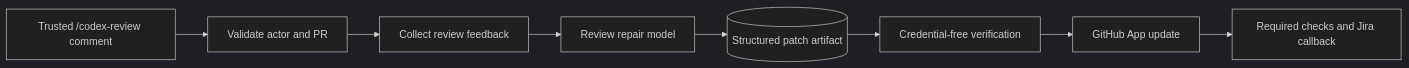
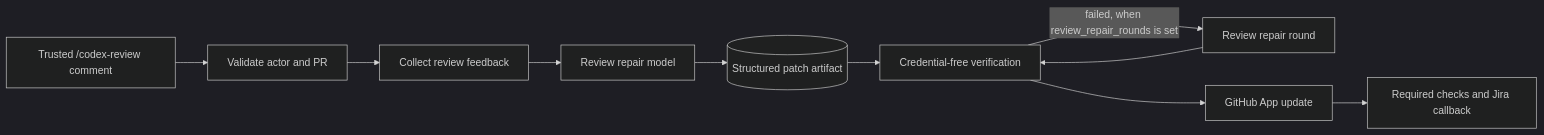
The third of 3 diagrams in docs/workflow-architecture.md (hmcts/codex-agent-workflows), drawn with Mermaid (dark theme) before and after one commit. The commit also changed other lines of this file and 8 other files, not shown here.

````diff
--- a/docs/workflow-architecture.md
+++ b/docs/workflow-architecture.md
@@ -59,10 +59,12 @@
 ```mermaid
 flowchart LR
     Comment[Trusted /codex-review comment] --> Intake[Validate actor and PR]
     Intake --> Feedback[Collect review feedback]
     Feedback --> Model[Review repair model]
     Model --> Artifact[(Structured patch artifact)]
     Artifact --> Verify[Credential-free verification]
+    Verify -->|failed, when review_repair_rounds is set| Repair[Review repair round]
+    Repair --> Verify
     Verify --> Publish[GitHub App update]
     Publish --> Status[Required checks and Jira callback]
 ```
````
